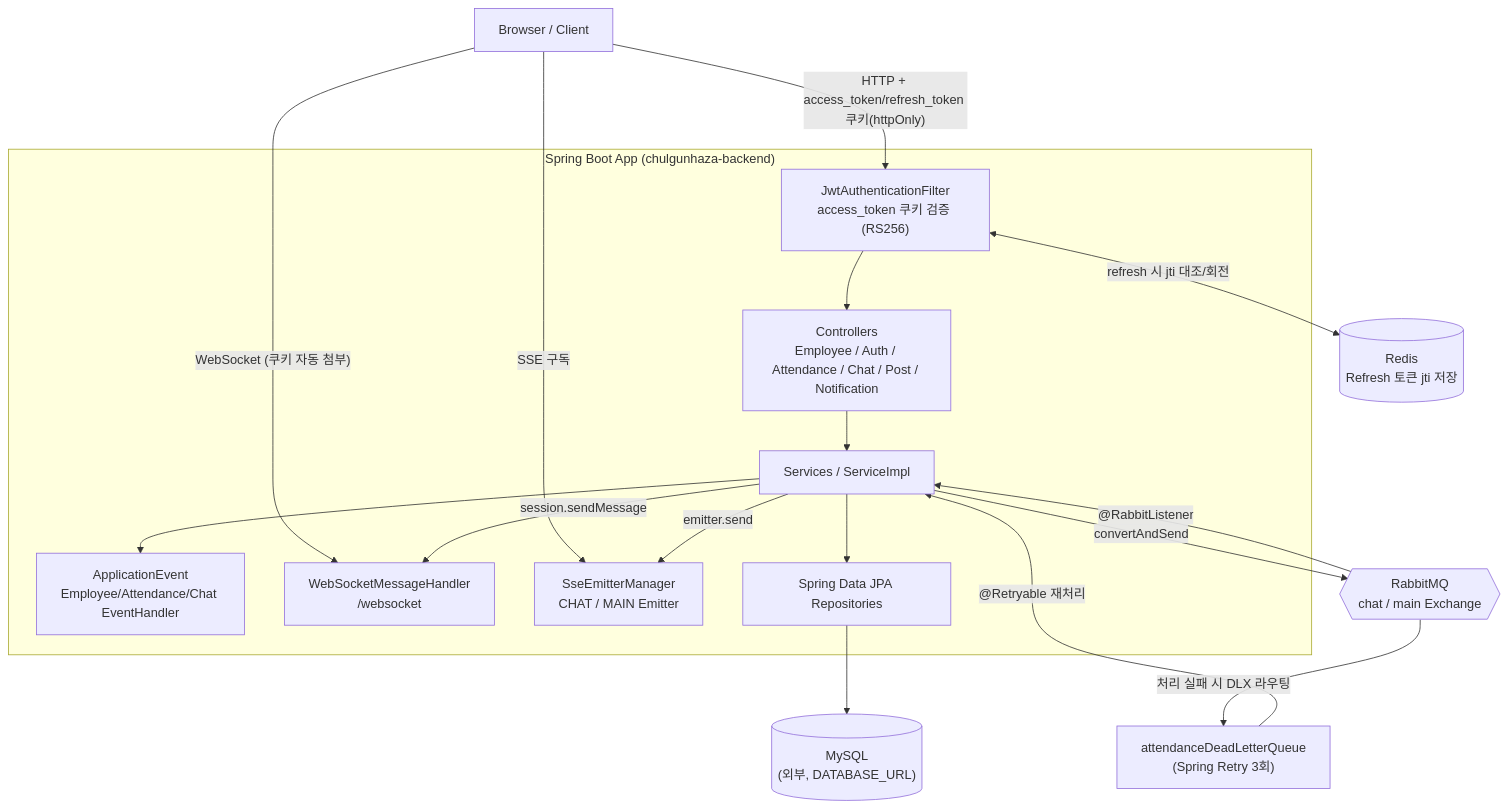
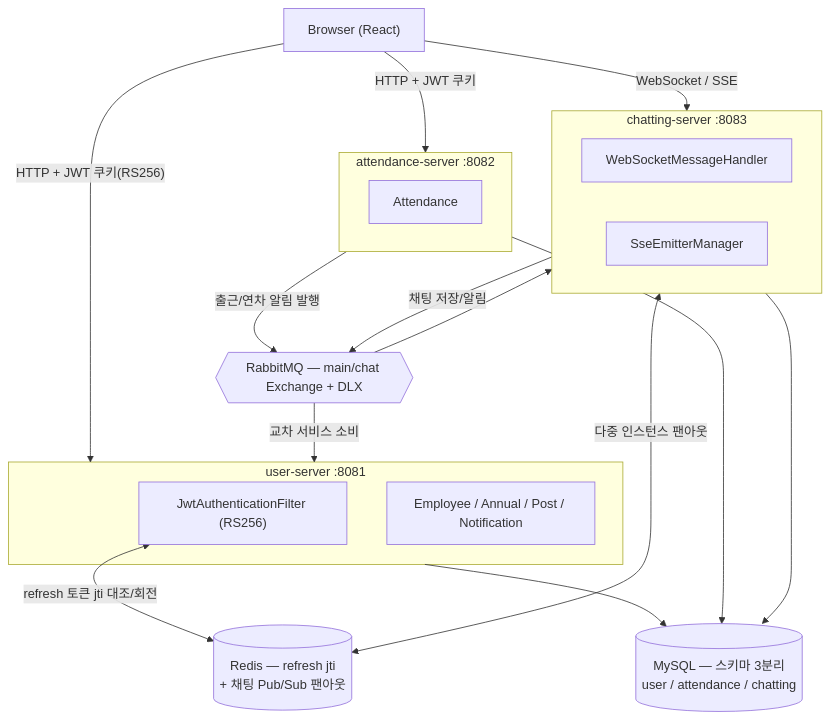
Before and after one commit to chulgunhaza/chulgunhaza-backend: the first of 2 diagrams in README.md, drawn with Mermaid. The commit also changed other lines of this file and 1 other file, not shown here.

````diff
--- a/README.md
+++ b/README.md
@@ -132,34 +26,33 @@
 ```mermaid
 graph TB
-    Browser["Browser / Client"]
+    Browser["Browser (React)"]
 
-    subgraph App["Spring Boot App (chulgunhaza-backend)"]
-        JwtFilter["JwtAuthenticationFilter<br/>access_token 쿠키 검증 (RS256)"]
-        Controllers["Controllers<br/>Employee / Auth / Attendance / Chat / Post / Notification"]
-        Services["Services / ServiceImpl"]
-        Events["ApplicationEvent<br/>Employee/Attendance/Chat EventHandler"]
-        WS["WebSocketMessageHandler<br/>/websocket"]
-        SSE["SseEmitterManager<br/>CHAT / MAIN Emitter"]
-        Repos["Spring Data JPA Repositories"]
+    subgraph US["user-server :8081"]
+        UJwt["JwtAuthenticationFilter (RS256)"]
+        UCtrl["Employee / Annual / Post / Notification"]
+    end
+    subgraph AS["attendance-server :8082"]
+        ACtrl["Attendance"]
+    end
+    subgraph CS["chatting-server :8083"]
+        CWs["WebSocketMessageHandler"]
+        CSse["SseEmitterManager"]
     end
 
-    MySQL[("MySQL<br/>(외부, DATABASE_URL)")]
-    Redis[("Redis<br/>Refresh 토큰 jti 저장")]
-    RabbitMQ{{"RabbitMQ<br/>chat / main Exchange"}}
-    DLQ["attendanceDeadLetterQueue<br/>(Spring Retry 3회)"]
+    MySQL[("MySQL — 스키마 3분리<br/>user / attendance / chatting")]
+    Redis[("Redis — refresh jti<br/>+ 채팅 Pub/Sub 팬아웃")]
+    RabbitMQ{{"RabbitMQ — main/chat Exchange + DLX"}}
 
-    Browser -->|"HTTP + access_token/refresh_token 쿠키(httpOnly)"| JwtFilter
-    Browser -->|"WebSocket (쿠키 자동 첨부)"| WS
-    Browser -->|"SSE 구독"| SSE
+    Browser -->|"HTTP + JWT 쿠키(RS256)"| US
+    Browser -->|"HTTP + JWT 쿠키"| AS
+    Browser -->|"WebSocket / SSE"| CS
 
-    JwtFilter --> Controllers --> Services
-    Services --> Repos --> MySQL
-    Services --> Events
-    Services -->|"convertAndSend"| RabbitMQ
-    RabbitMQ -->|"@RabbitListener"| Services
-    JwtFilter <-->|"refresh 시 jti 대조/회전"| Redis
-    Services -->|"emitter.send"| SSE
-    Services -->|"session.sendMessage"| WS
-    RabbitMQ -->|"처리 실패 시 DLX 라우팅"| DLQ
-    DLQ -->|"@Retryable 재처리"| Services
+    US --> MySQL
+    AS --> MySQL
+    CS --> MySQL
+    UJwt <-->|"refresh 토큰 jti 대조/회전"| Redis
+    CS <-->|"다중 인스턴스 팬아웃"| Redis
+
+    AS -->|"출근/연차 알림 발행"| RabbitMQ -->|"교차 서비스 소비"| US
+    CS -->|"채팅 저장/알림"| RabbitMQ --> CS
 ```
````
